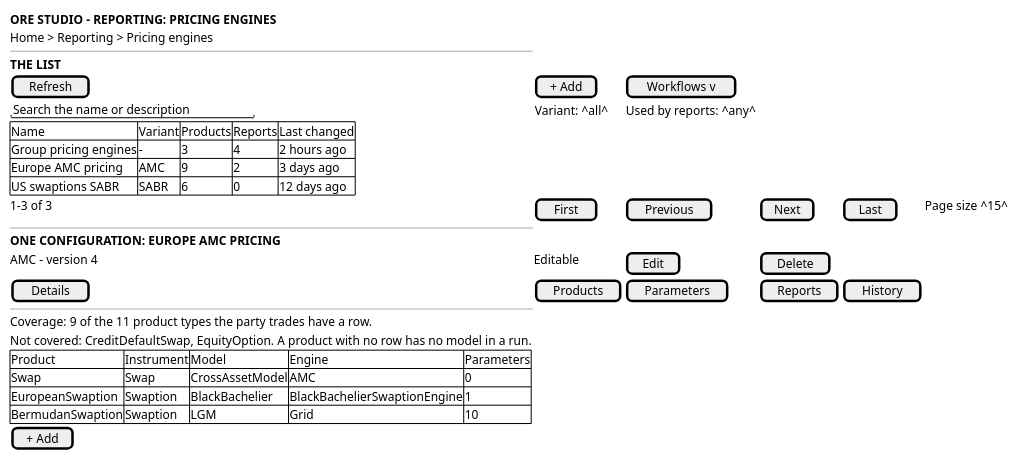
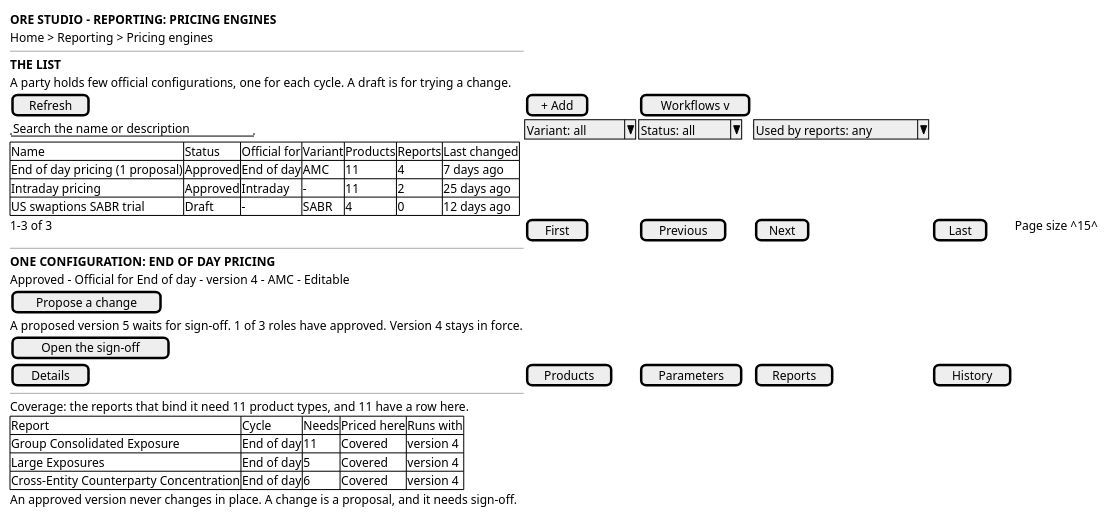
One commit to OreStudio/OreStudio changed the diagram in doc/knowledge/journeys/reporting/wireframe_see_the_pricing_engines_a_party_holds.puml. Above: the diagram before and after it, drawn with PlantUML. The commit also changed 31 other files, not shown here.

First line of the commit message:
[agile] Govern the pricing engine configurations

```diff
--- a/doc/knowledge/journeys/reporting/wireframe_see_the_pricing_engines_a_party_holds.puml
+++ b/doc/knowledge/journeys/reporting/wireframe_see_the_pricing_engines_a_party_holds.puml
@@ -18,34 +18,37 @@
 @startuml
 
 salt
 {
   <b>ORE STUDIO - REPORTING: PRICING ENGINES</b>
   Home > Reporting > Pricing engines
   --
   <b>THE LIST</b>
+  A party holds few official configurations, one for each cycle. A draft is for trying a change.
   [ Refresh ] | [ + Add ] | [ Workflows v ]
-  "Search the name or description" | { Variant: ^all^ } | { Used by reports: ^any^ }
+  "Search the name or description" | ^Variant: all^ | ^Status: all^ | ^Used by reports: any^
   {#
-    Name | Variant | Products | Reports | Last changed
-    Group pricing engines | - | 3 | 4 | 2 hours ago
-    Europe AMC pricing | AMC | 9 | 2 | 3 days ago
-    US swaptions SABR | SABR | 6 | 0 | 12 days ago
+    Name | Status | Official for | Variant | Products | Reports | Last changed
+    End of day pricing (1 proposal) | Approved | End of day | AMC | 11 | 4 | 7 days ago
+    Intraday pricing | Approved | Intraday | - | 11 | 2 | 25 days ago
+    US swaptions SABR trial | Draft | - | SABR | 4 | 0 | 12 days ago
   }
   1-3 of 3 | [ First ] | [ Previous ] | [ Next ] | [ Last ] | Page size ^15^
   --
-  <b>ONE CONFIGURATION: EUROPE AMC PRICING</b>
-  AMC - version 4 | Editable | [ Edit ] | [ Delete ]
+  <b>ONE CONFIGURATION: END OF DAY PRICING</b>
+  Approved - Official for End of day - version 4 - AMC - Editable
+  [ Propose a change ]
+  A proposed version 5 waits for sign-off. 1 of 3 roles have approved. Version 4 stays in force.
+  [ Open the sign-off ]
   [ Details ] | [ Products ] | [ Parameters ] | [ Reports ] | [ History ]
   --
-  Coverage: 9 of the 11 product types the party trades have a row.
-  Not covered: CreditDefaultSwap, EquityOption. A product with no row has no model in a run.
+  Coverage: the reports that bind it need 11 product types, and 11 have a row here.
   {#
-    Product | Instrument | Model | Engine | Parameters
-    Swap | Swap | CrossAssetModel | AMC | 0
-    EuropeanSwaption | Swaption | BlackBachelier | BlackBachelierSwaptionEngine | 1
-    BermudanSwaption | Swaption | LGM | Grid | 10
+    Report | Cycle | Needs | Priced here | Runs with
+    Group Consolidated Exposure | End of day | 11 | Covered | version 4
+    Large Exposures | End of day | 5 | Covered | version 4
+    Cross-Entity Counterparty Concentration | End of day | 6 | Covered | version 4
   }
-  [ + Add ]
+  An approved version never changes in place. A change is a proposal, and it needs sign-off.
 }
 
 @enduml
```
